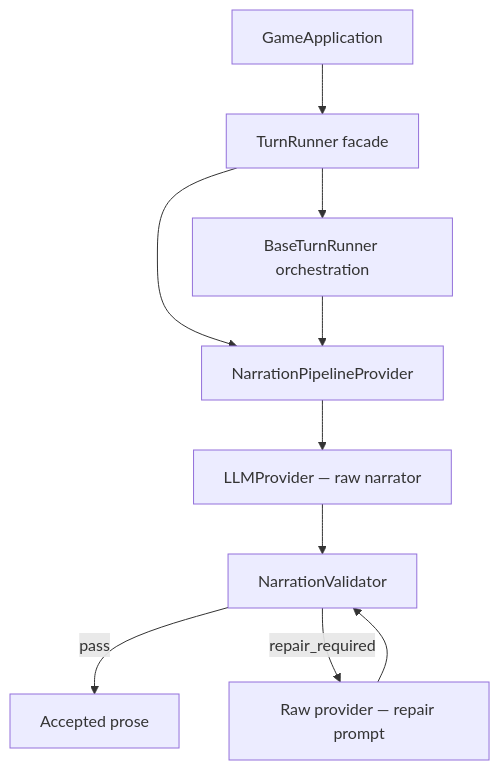
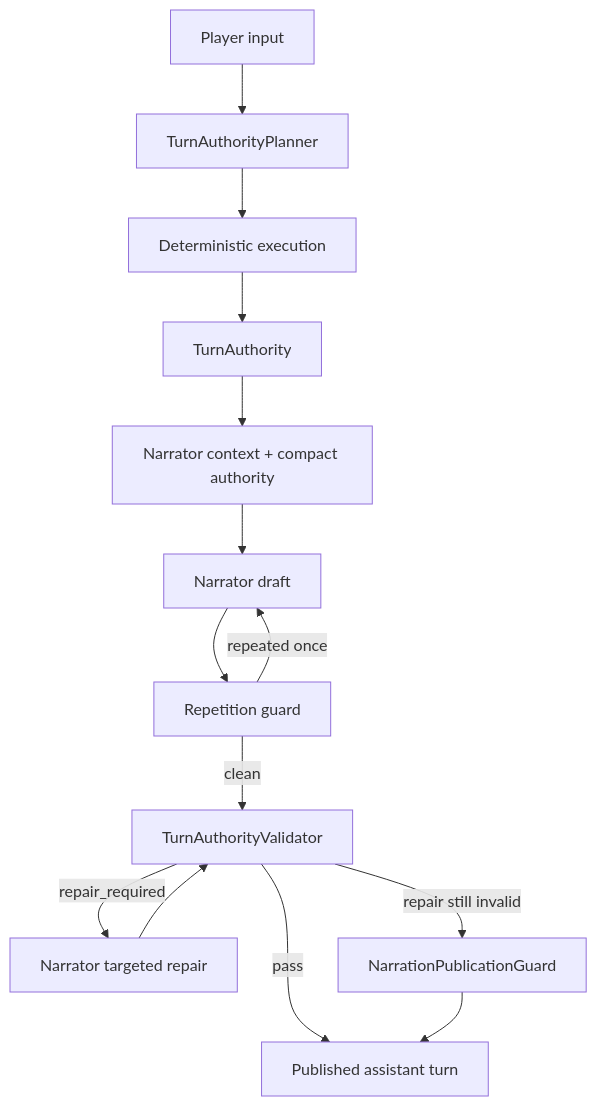
The diagram in docs/architecture/narration-pipeline.md (WizWiz2/personalDM), drawn with Mermaid before and after one commit. The commit also changed other lines of this file, not shown here.

Commit message:
docs: описать текущий narration publication pipeline

````diff
--- a/docs/architecture/narration-pipeline.md
+++ b/docs/architecture/narration-pipeline.md
@@ -15,21 +9,21 @@
 ```mermaid
 flowchart TD
-    App[GameApplication]
-    Turn[TurnRunner facade]
-    Base[BaseTurnRunner orchestration]
-    Pipe[NarrationPipelineProvider]
-    Raw[LLMProvider — raw narrator]
-    Gate[NarrationValidator]
-    Repair[Raw provider — repair prompt]
-    Publish[Accepted prose]
+    Input[Player input]
+    Planner[TurnAuthorityPlanner]
+    Exec[Deterministic execution]
+    Authority[TurnAuthority]
+    Context[Narrator context + compact authority]
+    Draft[Narrator draft]
+    Repeat[Repetition guard]
+    Validate[TurnAuthorityValidator]
+    Repair[Narrator targeted repair]
+    Publish[NarrationPublicationGuard]
+    Final[Published assistant turn]
 
-    App --> Turn
-    Turn --> Base
-    Turn --> Pipe
-    Base --> Pipe
-    Pipe --> Raw
-    Raw --> Gate
-    Gate -- pass --> Publish
-    Gate -- repair_required --> Repair
-    Repair --> Gate
+    Input --> Planner --> Exec --> Authority --> Context --> Draft --> Repeat
+    Repeat -- clean --> Validate
+    Repeat -- repeated once --> Draft
+    Validate -- pass --> Final
+    Validate -- repair_required --> Repair --> Validate
+    Validate -- repair still invalid --> Publish --> Final
 ```
````
